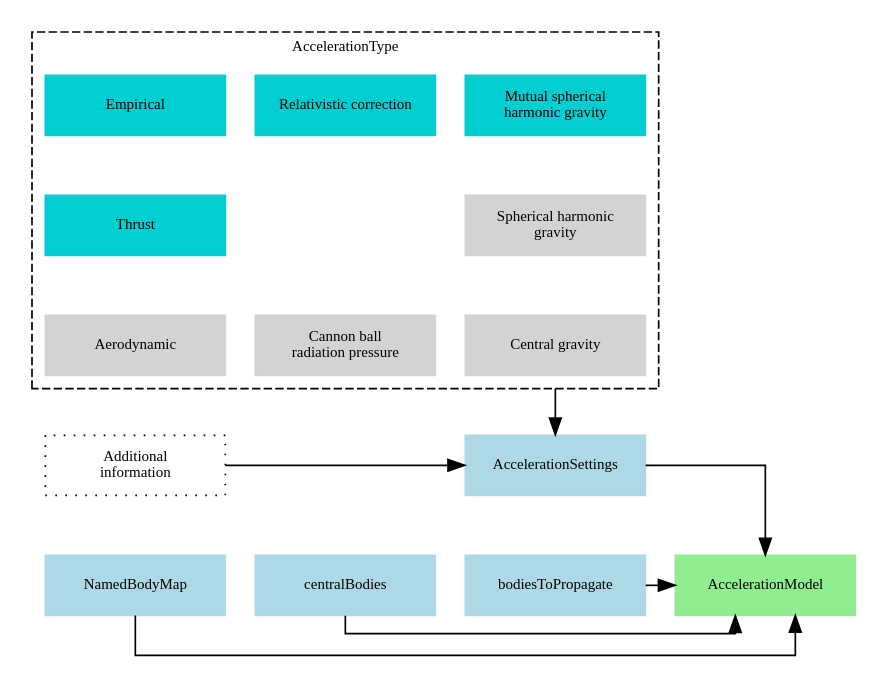
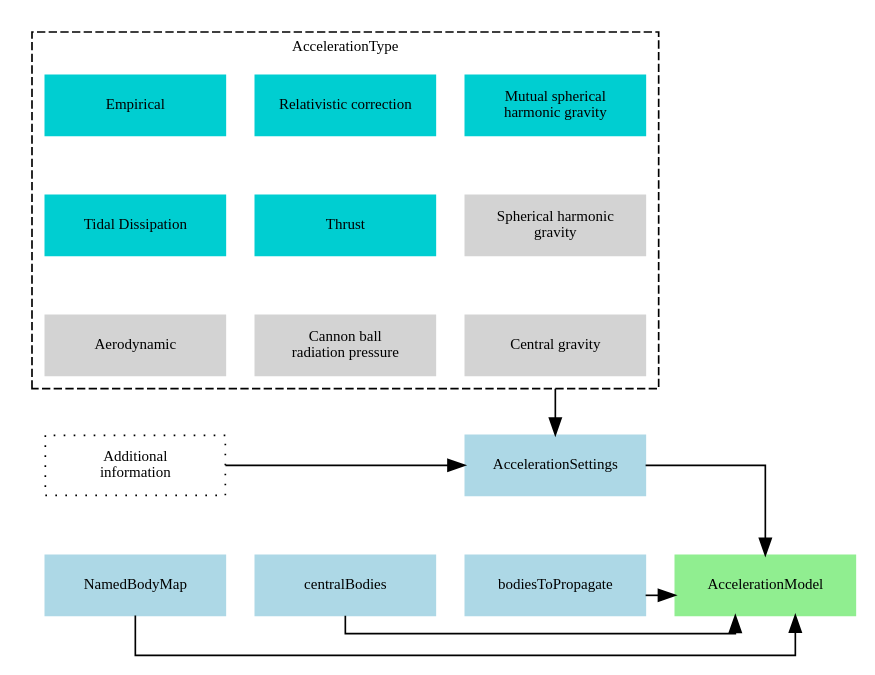
The first of 2 diagrams in tutorials/tudatFeatures/accelerationSetup/index.rst (Tudat/tudat), drawn with Graphviz before and after one commit. The commit also changed 2 other files, not shown here.

Commit message:
Added more details on dependent variables; acceleration models

```diff
--- a/tutorials/tudatFeatures/accelerationSetup/index.rst
+++ b/tutorials/tudatFeatures/accelerationSetup/index.rst
@@ -8,70 +8,71 @@
 .. graphviz::
 
    digraph
    {
       # General diagram settings
       rankdir = "TB";
       splines = ortho;    
       compound = true;   
 
 
       # general node settings 
       node [shape = box, style = filled, width = 1.5, fixedsize = true, color = lightgrey, fontname = FontAwesome, fontsize = 9];
 
 
       # specific node color settings
       NamedBodyMap, bodiesToPropagate, centralBodies, AccelerationSettings [color = lightblue];
       AccelerationModel [color= lightgreen];
-      Empirical, "Relativistic correction", "Mutual spherical \nharmonic gravity", Thrust [color =  darkturquoise]; 
+      Empirical, "Relativistic correction", "Mutual spherical \nharmonic gravity", "Tidal Dissipation", "Thrust" [color =  darkturquoise]; 
       "Additional \ninformation" [style = dotted, fillcolor = lightgrey, color = black];
 
       subgraph clusterAccelerationType
       {
          label = AccelerationType;
          fontsize = 9;
          style = dashed;
       
          {rank = same; "Cannon ball \nradiation pressure", "Central gravity", Aerodynamic};
-         {rank = same; "Thrust","Spherical harmonic \ngravity" };
+         {rank = same; "Thrust", "Tidal Dissipation", "Spherical harmonic \ngravity" };
          {rank = same; "Mutual spherical \nharmonic gravity", "Relativistic correction", Empirical};
          
          "Mutual spherical \nharmonic gravity" -> "Spherical harmonic \ngravity" -> "Central gravity" [style = invis];
          Empirical -> Thrust -> Aerodynamic [style = invis];
          "Cannon ball \nradiation pressure" -> "Central gravity" [style = invis];
 
       }
       
       Aerodynamic -> "Additional \ninformation"-> NamedBodyMap [style = invis];
       "Mutual spherical \nharmonic gravity" -> bodiesToPropagate [style = invis];
       AccelerationSettings -> bodiesToPropagate [style = invis];
 
       # AccelerationSettings input
       "Additional \ninformation" -> AccelerationSettings;
       "Central gravity" -> AccelerationSettings [ltail = clusterAccelerationType];    
 
       
       # AccelerationModel input
       AccelerationSettings -> AccelerationModel;
       bodiesToPropagate -> AccelerationModel;
       centralBodies -> AccelerationModel;
       NamedBodyMap -> AccelerationModel;
      
 
       # Structure the layout
       {rank = same; NamedBodyMap, AccelerationModel, centralBodies, bodiesToPropagate};
       {rank = same; AccelerationSettings, "Additional \ninformation"};
 
       # Hyperlinks (Sphinx auto referencing not working here, need to link to exact web adres)
       "AccelerationSettings" [href = "http://tudat.tudelft.nl/tutorials/tudatFeatures/accelerationSetup/frameworkAcceleration.html#AccelerationSettings", target = "_top"];
       "Central gravity" [href = "http://tudat.tudelft.nl/tutorials/tudatFeatures/accelerationSetup/frameworkAcceleration.html#AccelerationSettings", target = "_top"];
       "AccelerationModel" [href = "http://tudat.tudelft.nl/tutorials/tudatFeatures/accelerationSetup/frameworkAcceleration.html##SelectedAccelerationMap", target = "_top"];
       NamedBodyMap [href = "http://tudat.tudelft.nl/tutorials/tudatFeatures/environmentSetup/index.html#NamedBodyMap", target = "_top"];
       "Spherical harmonic \ngravity" [href = "http://tudat.tudelft.nl/tutorials/tudatFeatures/accelerationSetup/frameworkAcceleration.html#SphericalHarmonicAccelerationSettings", target = "_top"];
       "Mutual spherical \nharmonic gravity" [href = "http://tudat.tudelft.nl/tutorials/tudatFeatures/accelerationSetup/frameworkAcceleration.html#MutualSphericalHarmonicAccelerationSettings", target = "_top"];
       "Aerodynamic" [href = "http://tudat.tudelft.nl/tutorials/tudatFeatures/accelerationSetup/frameworkAcceleration.html#MutualSphericalHarmonicAccelerationSettings", target = "_top"];
       "Cannon ball \nradiation pressure" [href = "http://tudat.tudelft.nl/tutorials/tudatFeatures/accelerationSetup/frameworkAcceleration.html#MutualSphericalHarmonicAccelerationSettings", target = "_top"];
       "Thrust" [href = "http://tudat.tudelft.nl/tutorials/tudatFeatures/accelerationSetup/frameworkAcceleration.html#ThrustAccelerationSettings", target = "_top"];
+      "Thrust" [href = "http://tudat.tudelft.nl/tutorials/tudatFeatures/accelerationSetup/frameworkAcceleration.html#DissipationAccelerationSettings", target = "_top"];
       "Relativistic correction" [href = "http://tudat.tudelft.nl/tutorials/tudatFeatures/accelerationSetup/frameworkAcceleration.html#RelativisticAccelerationCorrectionSettings", target = "_top"];
       "Empirical" [href = "http://tudat.tudelft.nl/tutorials/tudatFeatures/accelerationSetup/frameworkAcceleration.html#EmpiricalAccelerationSettings", target = "_top"];
 
    }
```
